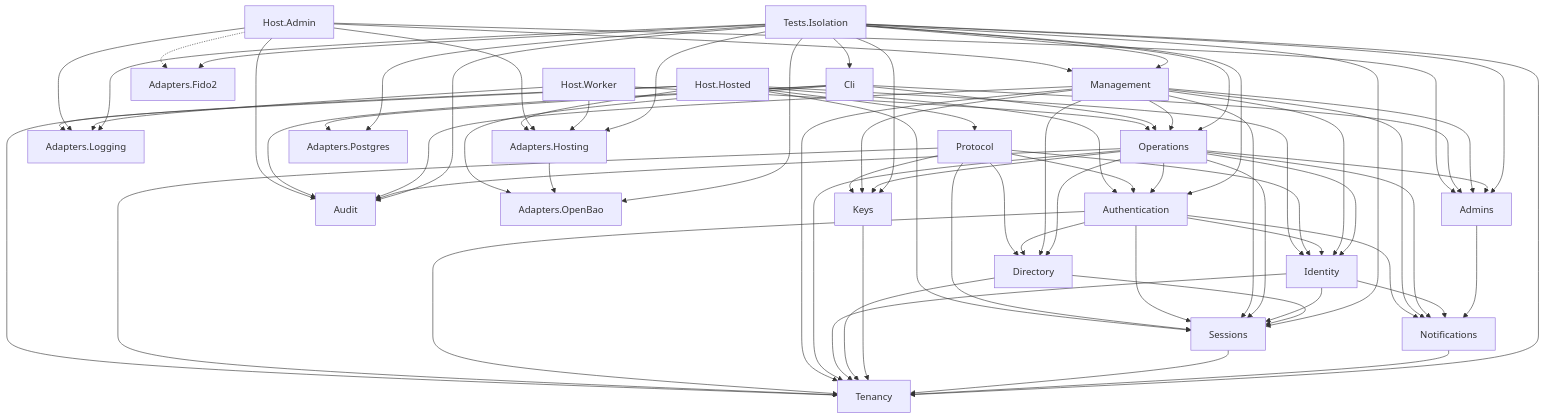
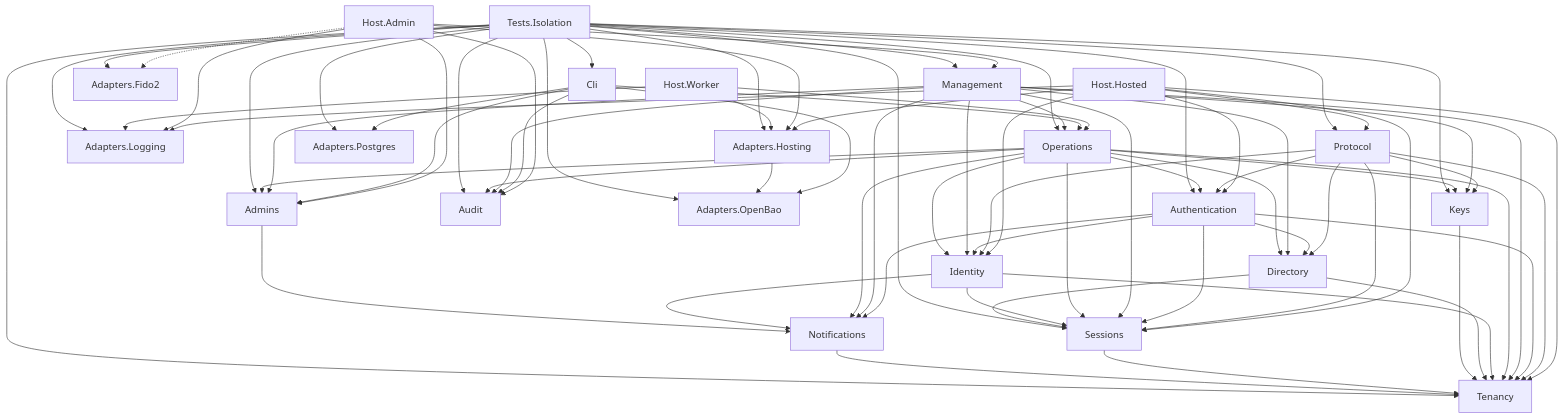
The diagram in docs/architecture/module-dependencies.md (shanilmelder/gatekeep), drawn with Mermaid before and after one commit. The commit also changed 47 other files, not shown here.

````diff
--- a/docs/architecture/module-dependencies.md
+++ b/docs/architecture/module-dependencies.md
@@ -100,6 +100,7 @@
   TestsIsolation --> Keys
   TestsIsolation --> Management
   TestsIsolation --> Operations
+  TestsIsolation --> Protocol
   TestsIsolation --> Sessions
   TestsIsolation --> Tenancy
 ```
````
